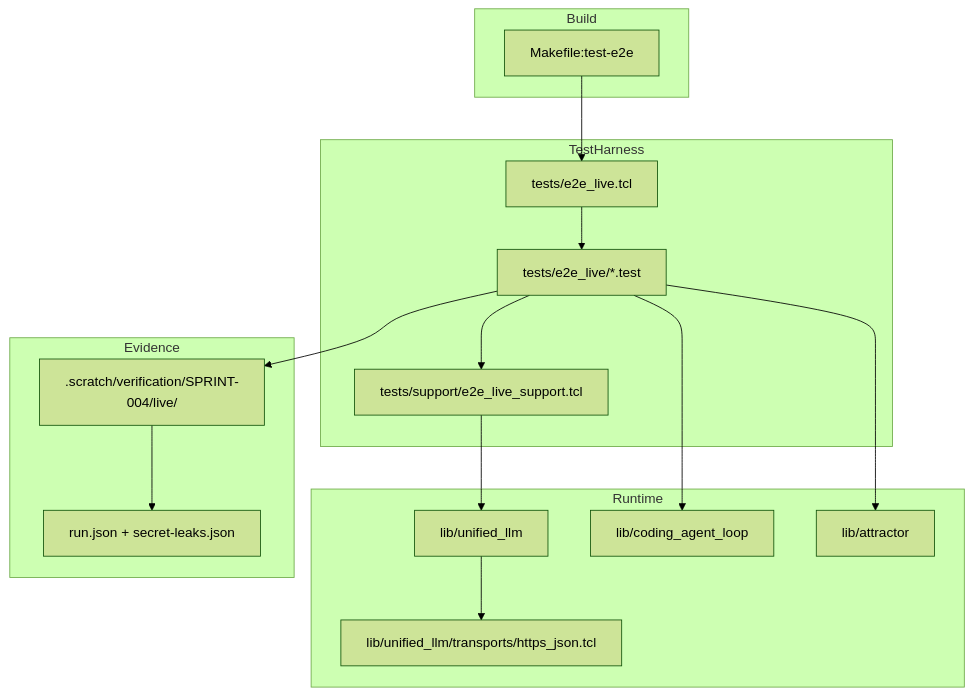
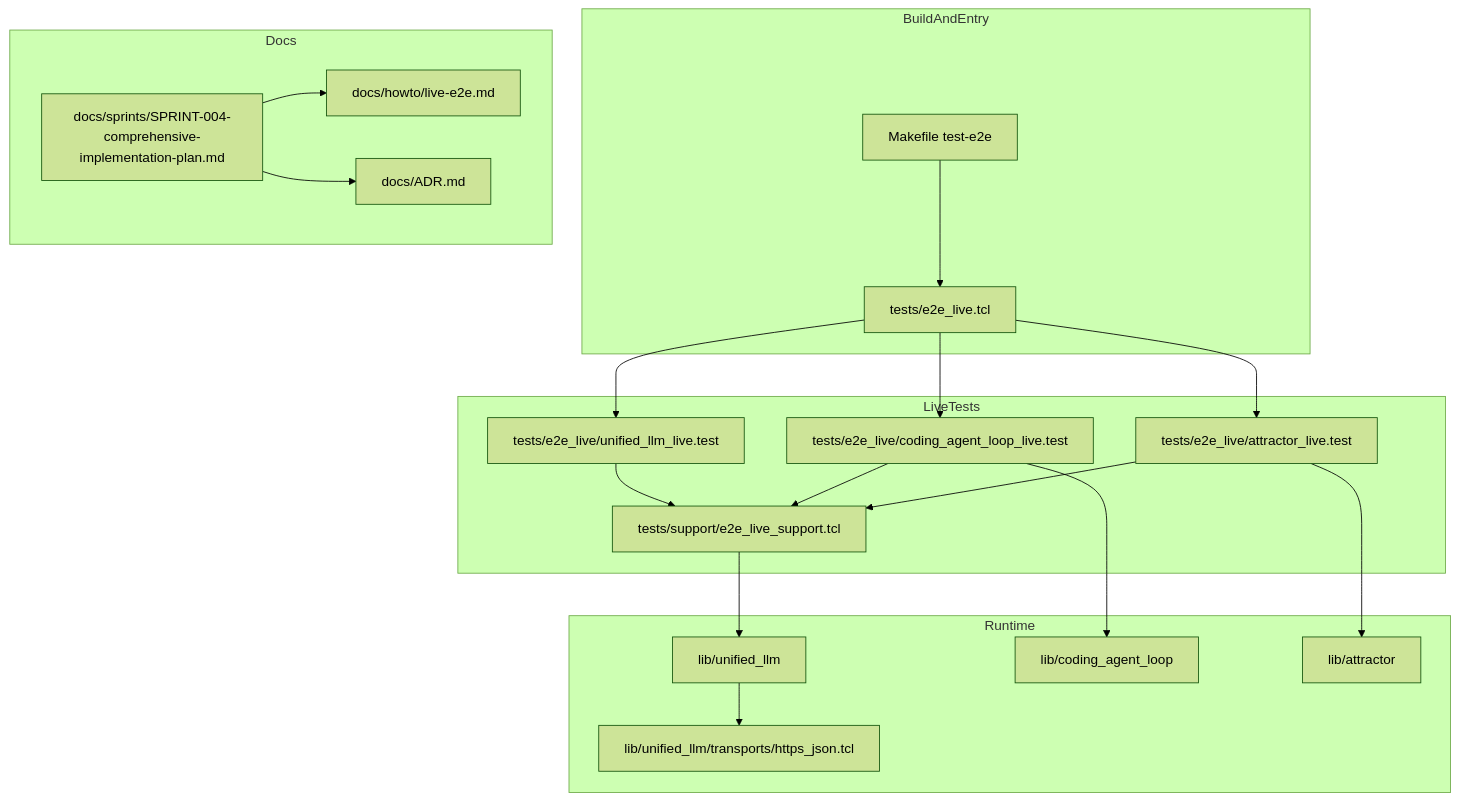
Before and after one commit to jaytaylor/attractor-tcl: the fifth of 5 diagrams in docs/sprints/SPRINT-004-comprehensive-implementation-plan.md, drawn with Mermaid (forest theme). The commit also changed other lines of this file, not shown here.

Commit message:
docs: sync sprint 004 comprehensive plan to verified complete state

````diff
--- a/docs/sprints/SPRINT-004-comprehensive-implementation-plan.md
+++ b/docs/sprints/SPRINT-004-comprehensive-implementation-plan.md
@@ -1167,34 +1361,42 @@
 ```mermaid
+%% Source: .scratch/diagrams/sprint-004/implementation-plan/arch.mmd
 flowchart TB
-  subgraph Build
-    MAKE[Makefile:test-e2e]
+  subgraph BuildAndEntry
+    M[Makefile test-e2e]
+    H[tests/e2e_live.tcl]
   end
 
-  subgraph TestHarness
-    ENTRY[tests/e2e_live.tcl]
-    LIVE[tests/e2e_live/*.test]
-    SUPPORT[tests/support/e2e_live_support.tcl]
+  subgraph LiveTests
+    U[tests/e2e_live/unified_llm_live.test]
+    C[tests/e2e_live/coding_agent_loop_live.test]
+    A[tests/e2e_live/attractor_live.test]
+    S[tests/support/e2e_live_support.tcl]
   end
 
   subgraph Runtime
     ULLM[lib/unified_llm]
-    TRANS[lib/unified_llm/transports/https_json.tcl]
     CAL[lib/coding_agent_loop]
-    ATTR[lib/attractor]
+    ATR[lib/attractor]
+    TR[lib/unified_llm/transports/https_json.tcl]
   end
 
-  subgraph Evidence
-    RUNROOT[.scratch/verification/SPRINT-004/live/<run_id>]
-    REPORTS[run.json + secret-leaks.json]
+  subgraph Docs
+    HOWTO[docs/howto/live-e2e.md]
+    ADR[docs/ADR.md]
+    PLAN[docs/sprints/SPRINT-004-comprehensive-implementation-plan.md]
   end
 
-  MAKE --> ENTRY
-  ENTRY --> LIVE
-  LIVE --> SUPPORT
-  SUPPORT --> ULLM
-  ULLM --> TRANS
-  LIVE --> CAL
-  LIVE --> ATTR
-  LIVE --> RUNROOT
-  RUNROOT --> REPORTS
+  M --> H
+  H --> U
+  H --> C
+  H --> A
+  U --> S
+  C --> S
+  A --> S
+  S --> ULLM
+  ULLM --> TR
+  C --> CAL
+  A --> ATR
+  PLAN --> HOWTO
+  PLAN --> ADR
 ```
````
